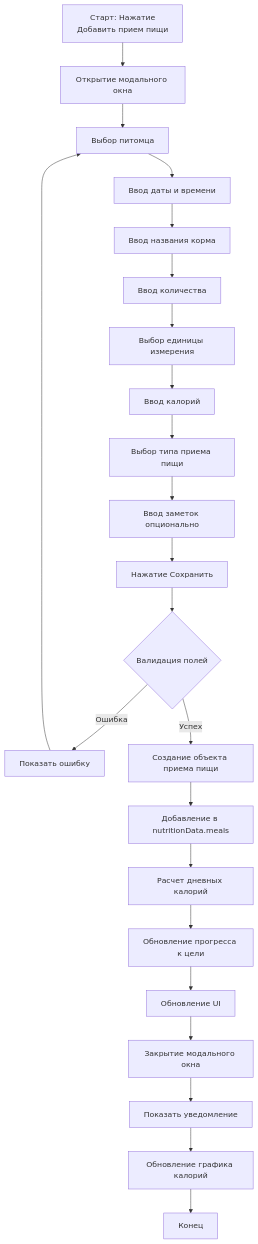
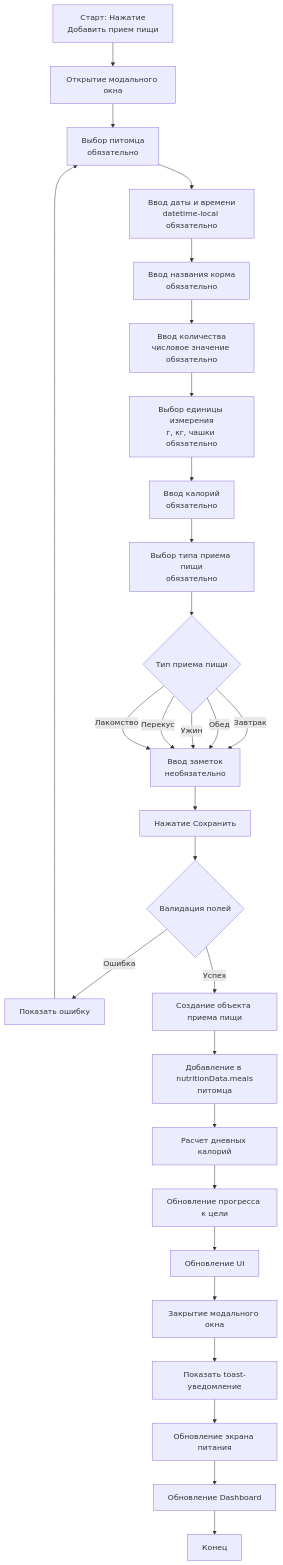
The ninth of 21 diagrams in FLOWCHARTS.md (v-kuper/petHealth), drawn with Mermaid before and after one commit. The commit also changed other lines of this file and 1 other file, not shown here.

````diff
--- a/FLOWCHARTS.md
+++ b/FLOWCHARTS.md
@@ -275,25 +300,31 @@
 ```mermaid
 flowchart TD
     A[Старт: Нажатие<br/>Добавить прием пищи] --> B[Открытие модального окна]
-    B --> C[Выбор питомца]
-    C --> D[Ввод даты и времени]
-    D --> E[Ввод названия корма]
-    E --> F[Ввод количества]
-    F --> G[Выбор единицы измерения]
-    G --> H[Ввод калорий]
-    H --> I[Выбор типа приема пищи]
-    I --> J[Ввод заметок опционально]
-    J --> K[Нажатие Сохранить]
-    K --> L{Валидация полей}
-    L -->|Ошибка| M[Показать ошибку]
-    M --> C
-    L -->|Успех| N[Создание объекта приема пищи]
-    N --> O[Добавление в nutritionData.meals]
-    O --> P[Расчет дневных калорий]
-    P --> Q[Обновление прогресса к цели]
-    Q --> R[Обновление UI]
-    R --> S[Закрытие модального окна]
-    S --> T[Показать уведомление]
-    T --> U[Обновление графика калорий]
-    U --> V[Конец]
+    B --> C[Выбор питомца<br/>обязательно]
+    C --> D[Ввод даты и времени<br/>datetime-local обязательно]
+    D --> E[Ввод названия корма<br/>обязательно]
+    E --> F[Ввод количества<br/>числовое значение обязательно]
+    F --> G[Выбор единицы измерения<br/>г, кг, чашки обязательно]
+    G --> H[Ввод калорий<br/>обязательно]
+    H --> I[Выбор типа приема пищи<br/>обязательно]
+    I --> J{Тип приема пищи}
+    J -->|Завтрак| K[Ввод заметок<br/>необязательно]
+    J -->|Обед| K
+    J -->|Ужин| K
+    J -->|Перекус| K
+    J -->|Лакомство| K
+    K --> L[Нажатие Сохранить]
+    L --> M{Валидация полей}
+    M -->|Ошибка| N[Показать ошибку]
+    N --> C
+    M -->|Успех| O[Создание объекта приема пищи]
+    O --> P[Добавление в nutritionData.meals<br/>питомца]
+    P --> Q[Расчет дневных калорий]
+    Q --> R[Обновление прогресса к цели]
+    R --> S[Обновление UI]
+    S --> T[Закрытие модального окна]
+    T --> U[Показать toast-уведомление]
+    U --> V[Обновление экрана питания]
+    V --> W[Обновление Dashboard]
+    W --> X[Конец]
 ```
````
